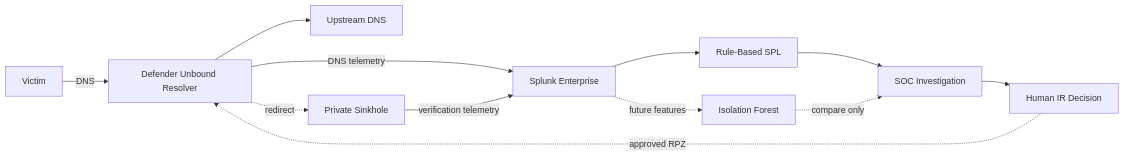
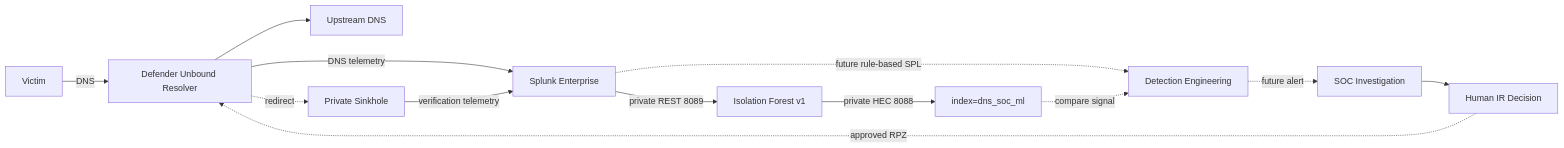
Before and after one commit to DNSentinel-Lab/Scenario-02-DGA: the first of 2 diagrams in README.md, drawn with Mermaid. The commit also changed other lines of this file and 7 other files, not shown here.

````diff
--- a/README.md
+++ b/README.md
@@ -54,14 +57,15 @@
 ```mermaid
 flowchart LR
     V[Victim] -->|DNS| U[Defender Unbound Resolver]
     U -->|DNS telemetry| SPL[Splunk Enterprise]
     U --> UP[Upstream DNS]
-    SPL --> RULE[Rule-Based SPL]
-    SPL -. future features .-> ML[Isolation Forest]
-    RULE --> SOC[SOC Investigation]
-    ML -. compare only .-> SOC
+    SPL -->|private REST 8089| ML[Isolation Forest v1]
+    ML -->|private HEC 8088| MLI[index=dns_soc_ml]
+    SPL -. future rule-based SPL .-> RULE[Detection Engineering]
+    MLI -. compare signal .-> RULE
+    RULE -. future alert .-> SOC[SOC Investigation]
     SOC --> IR[Human IR Decision]
     IR -. approved RPZ .-> U
     U -. redirect .-> SH[Private Sinkhole]
     SH -->|verification telemetry| SPL
 ```
````
